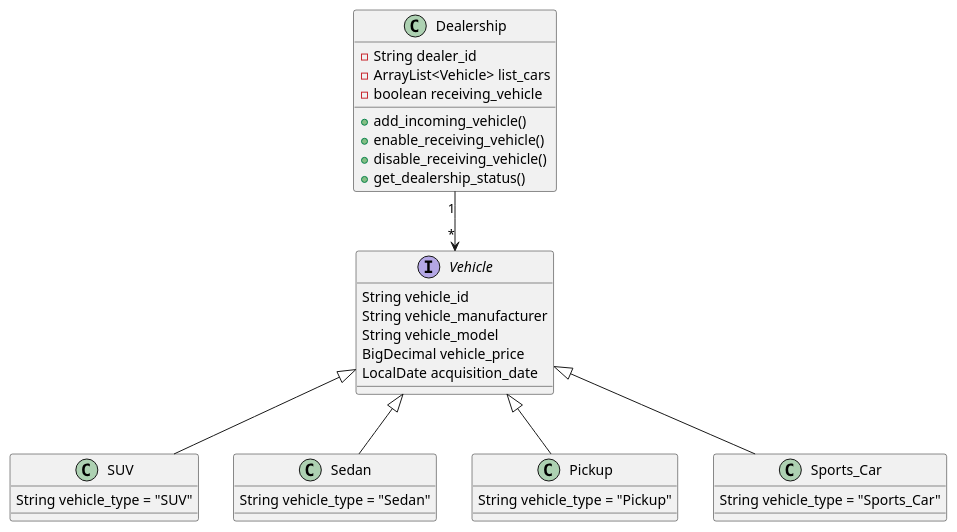
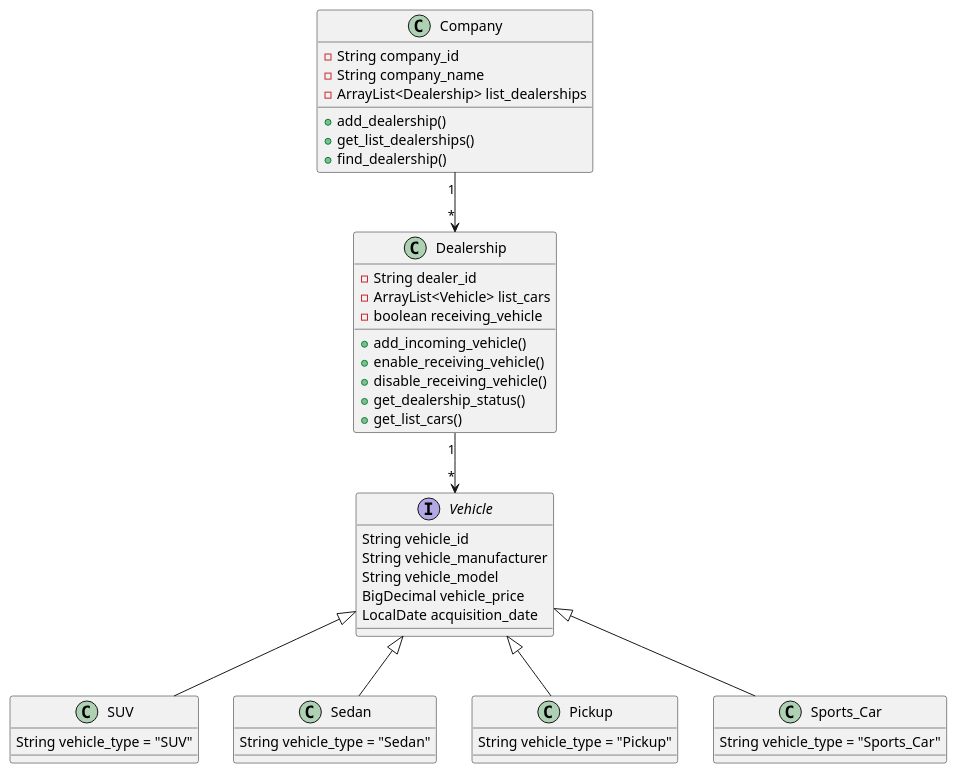
The diagram in Class_Diagram_Car_Dealership.puml (csengelhart/Car-Dealership-Tracking), drawn with PlantUML before and after one commit.

Commit message:
Added Company class to hold Dealership objects and also added get_list_cars() method to Dealership.

```diff
--- a/Class_Diagram_Car_Dealership.puml
+++ b/Class_Diagram_Car_Dealership.puml
@@ -1,45 +1,53 @@
 @startuml
 'https://plantuml.com/class-diagram
+class Company {
+    -String company_id
+    -String company_name
+    -ArrayList<Dealership> list_dealerships
+
+    +add_dealership()
+    +get_list_dealerships()
+    +find_dealership()
+
+}
 
 class Dealership {
     -String dealer_id
     -ArrayList<Vehicle> list_cars
     -boolean receiving_vehicle
 
      +add_incoming_vehicle()
      +enable_receiving_vehicle()
      +disable_receiving_vehicle()
      +get_dealership_status()
+     +get_list_cars()
+}
 
-
-
-}
 interface Vehicle{
     String vehicle_id
     String vehicle_manufacturer
     String vehicle_model
     BigDecimal vehicle_price
     LocalDate acquisition_date
 }
 
 class SUV extends Vehicle
 {
     String vehicle_type = "SUV"
 }
 class Sedan extends Vehicle
 {
     String vehicle_type = "Sedan"
 }
 class Pickup extends Vehicle
 {
     String vehicle_type = "Pickup"
 }
 class Sports_Car extends Vehicle
 {
     String vehicle_type = "Sports_Car"
 }
 
-
-
 Dealership "1" --> "*" Vehicle
+Company "1" --> "*" Dealership
 @enduml
```
